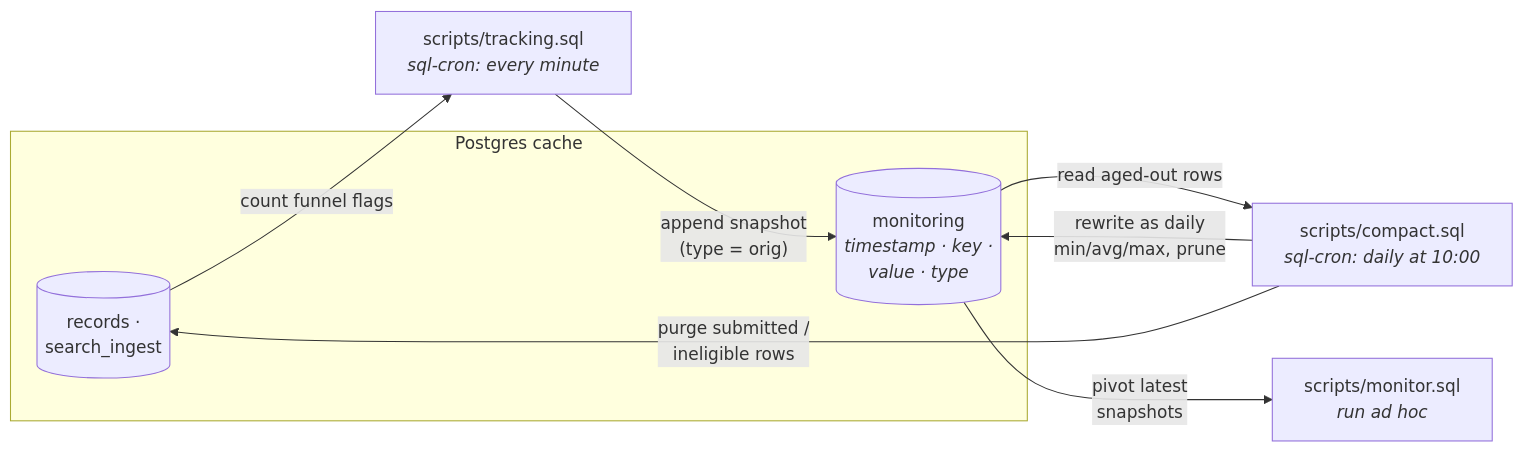
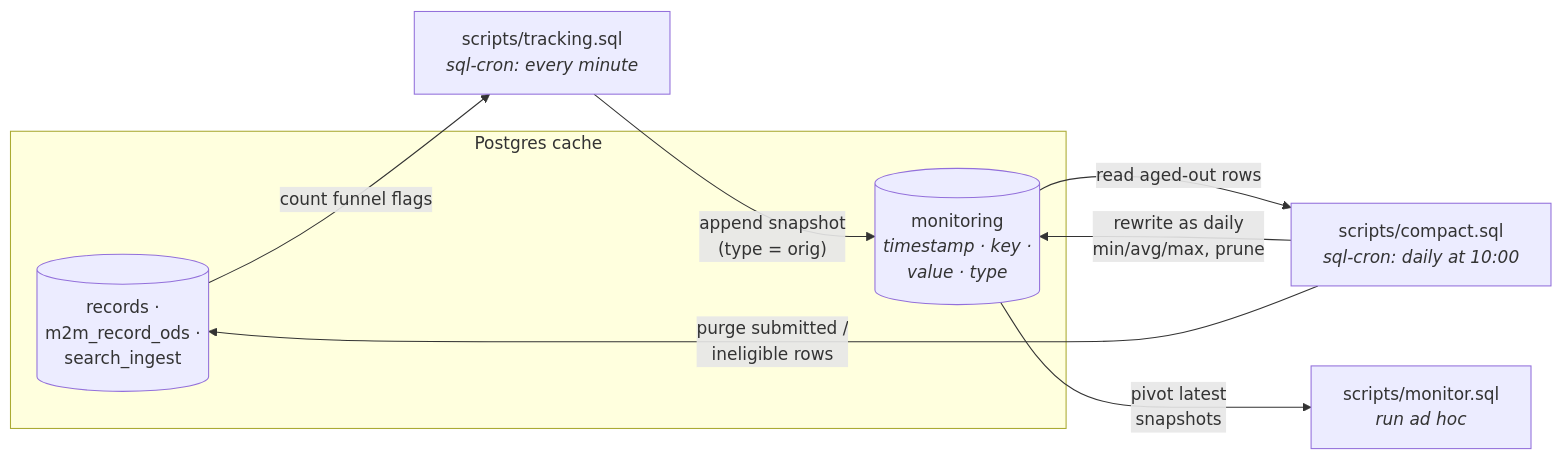
One commit to destiny-evidence/bulk-abstract-ingest-robot changed the diagram in docs/docs/monitoring.md. Above: the diagram before and after it, drawn with Mermaid. The commit also changed other lines of this file and 18 other files, not shown here.

Commit message:
Add m2m tracking of multiple ODS IDs per record

````diff
--- a/docs/docs/monitoring.md
+++ b/docs/docs/monitoring.md
@@ -5,17 +5,17 @@
 ```mermaid
 flowchart LR
     subgraph cache["Postgres cache"]
-        DATA[("records ·<br/>search_ingest")]
+        DATA[("records ·<br/>m2m_record_ods ·<br/>search_ingest")]
         MON[("monitoring<br/><i>timestamp · key ·<br/>value · type</i>")]
     end
     TRACK["scripts/tracking.sql<br/><i>sql-cron: every minute</i>"]
     COMPACT["scripts/compact.sql<br/><i>sql-cron: daily at 10:00</i>"]
     VIEW["scripts/monitor.sql<br/><i>run ad hoc</i>"]
 
     DATA -->|"count funnel flags"| TRACK
     TRACK -->|"append snapshot<br/>(type = orig)"| MON
     MON -->|"read aged-out rows"| COMPACT
     COMPACT -->|"rewrite as daily<br/>min/avg/max, prune"| MON
     COMPACT -->|"purge submitted /<br/>ineligible rows"| DATA
     MON -->|"pivot latest<br/>snapshots"| VIEW
 ```
````
